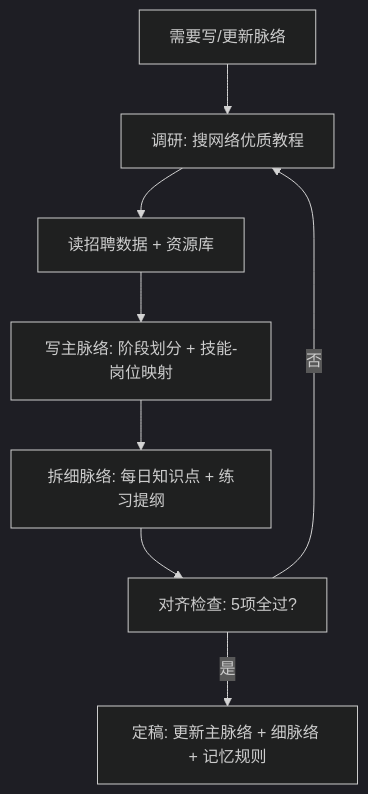
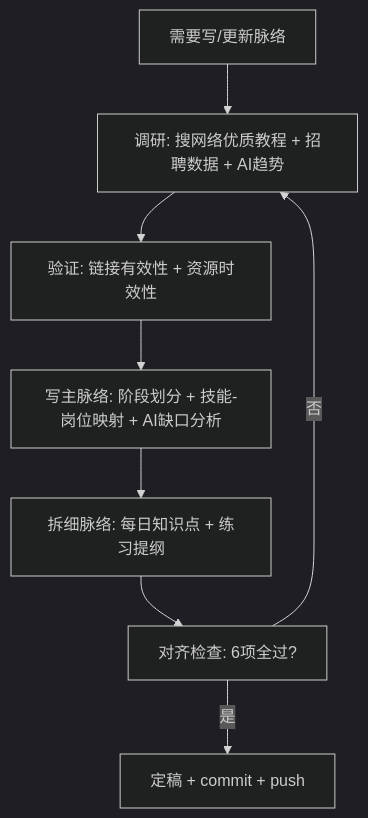
The diagram in docs/workflows/写脉络流程.md (radiumno/study_plan), drawn with Mermaid (dark theme) before and after one commit. The commit also changed other lines of this file and 10 other files, not shown here.

First line of the commit message:
全面复核: 二次调研招聘数据+资源库+AI趋势, 优化脉络逻辑

````diff
--- a/docs/workflows/写脉络流程.md
+++ b/docs/workflows/写脉络流程.md
@@ -10,10 +10,10 @@
 ```mermaid
 flowchart TD
-    A[需要写/更新脉络] --> B[调研: 搜网络优质教程]
-    B --> C[读招聘数据 + 资源库]
-    C --> D[写主脉络: 阶段划分 + 技能-岗位映射]
+    A[需要写/更新脉络] --> B[调研: 搜网络优质教程 + 招聘数据 + AI趋势]
+    B --> C[验证: 链接有效性 + 资源时效性]
+    C --> D[写主脉络: 阶段划分 + 技能-岗位映射 + AI缺口分析]
     D --> E[拆细脉络: 每日知识点 + 练习提纲]
-    E --> F[对齐检查: 5项全过?]
+    E --> F[对齐检查: 6项全过?]
     F -->|否| B
-    F -->|是| G[定稿: 更新主脉络 + 细脉络 + 记忆规则]
+    F -->|是| G[定稿 + commit + push]
 ```
````
